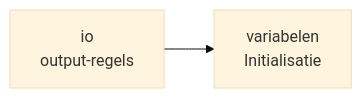
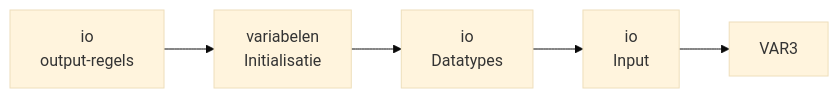
One commit to AvansICT/ICT1.1-Notebooks-v2 changed the diagram in overview.md. Above: the diagram before and after it, drawn with Mermaid (base theme). The commit also changed 5 other files, not shown here.

````diff
--- a/overview.md
+++ b/overview.md
@@ -1,8 +1,13 @@
 ```mermaid
 graph LR
   IO1[io<br/>output-regels]
   VAR1[variabelen<br/>Initialisatie]
+  IO2[io<br/>Input]
+  VAR2[io<br/>Datatypes]
 
   IO1 --> VAR1
+  VAR1 --> VAR2
+  VAR2 --> IO2
+  IO2 --> VAR3
 
 ```
````
